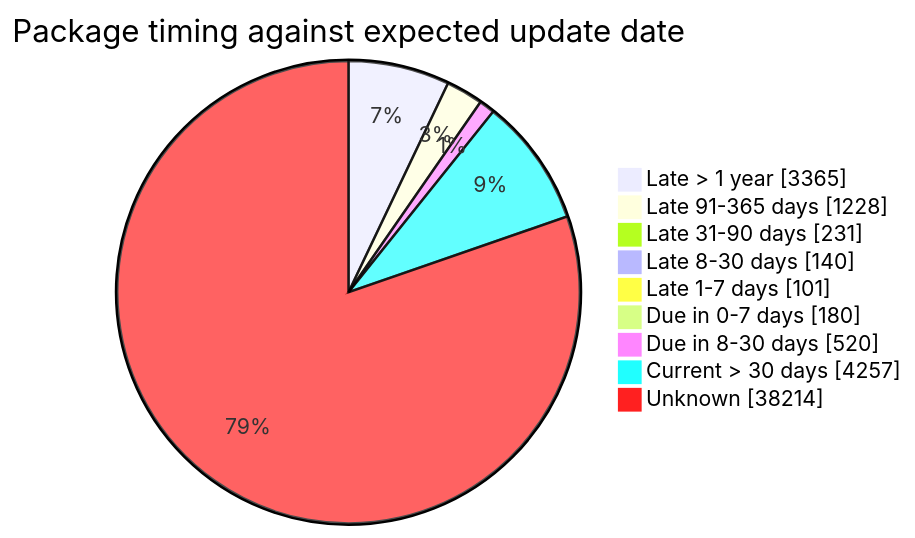
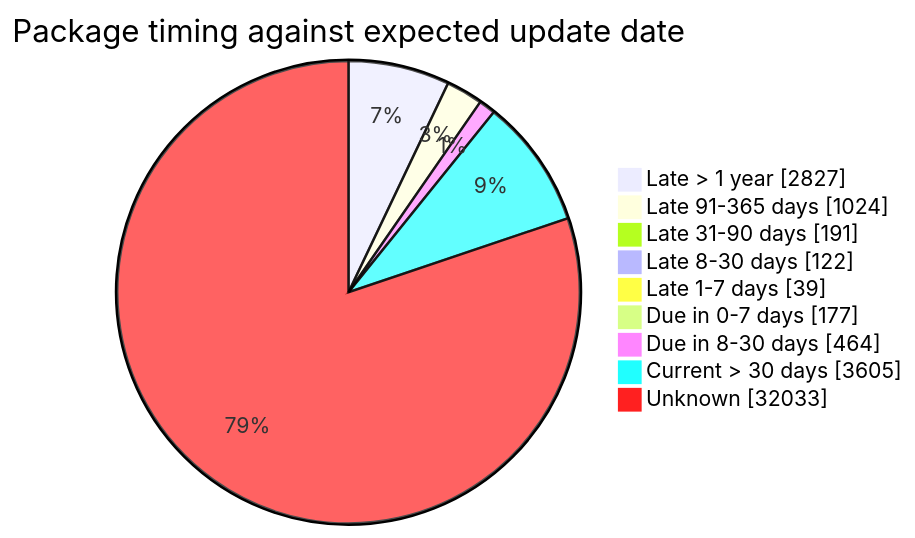
One commit to open-data/analytics-corporate-reporting changed the fourth of 5 diagrams in FreshCheck/README.md. Above: the diagram before and after it, drawn with Mermaid. The commit also changed other lines of this file and 3 other files, not shown here.

````diff
--- a/FreshCheck/README.md
+++ b/FreshCheck/README.md
@@ -86,12 +86,12 @@
 ```mermaid
 pie showData title Package timing against expected update date
-    "Late > 1 year": 3365
-    "Late 91-365 days": 1228
-    "Late 31-90 days": 231
-    "Late 8-30 days": 140
-    "Late 1-7 days": 101
-    "Due in 0-7 days": 180
-    "Due in 8-30 days": 520
-    "Current > 30 days": 4257
-    "Unknown": 38214
+    "Late > 1 year": 2827
+    "Late 91-365 days": 1024
+    "Late 31-90 days": 191
+    "Late 8-30 days": 122
+    "Late 1-7 days": 39
+    "Due in 0-7 days": 177
+    "Due in 8-30 days": 464
+    "Current > 30 days": 3605
+    "Unknown": 32033
 ```
````
